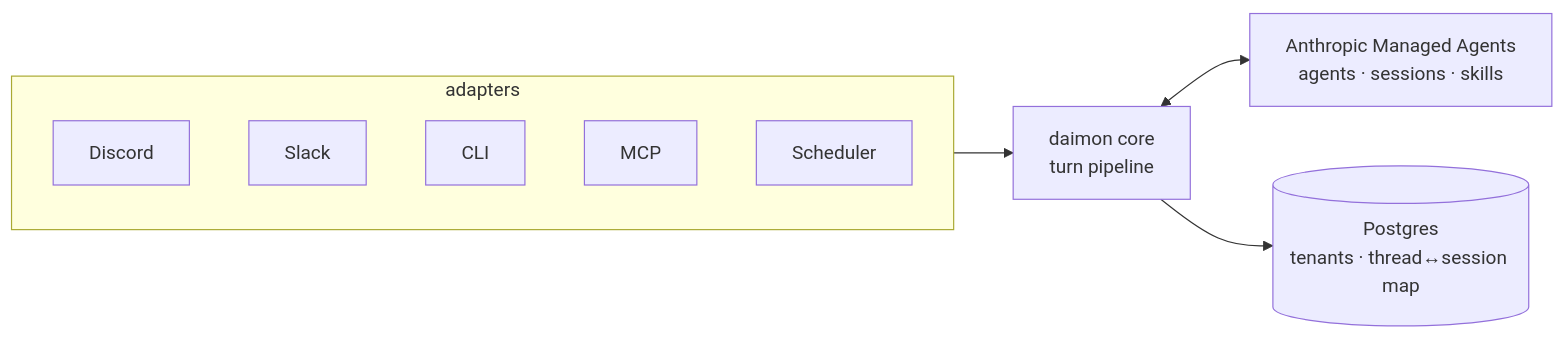
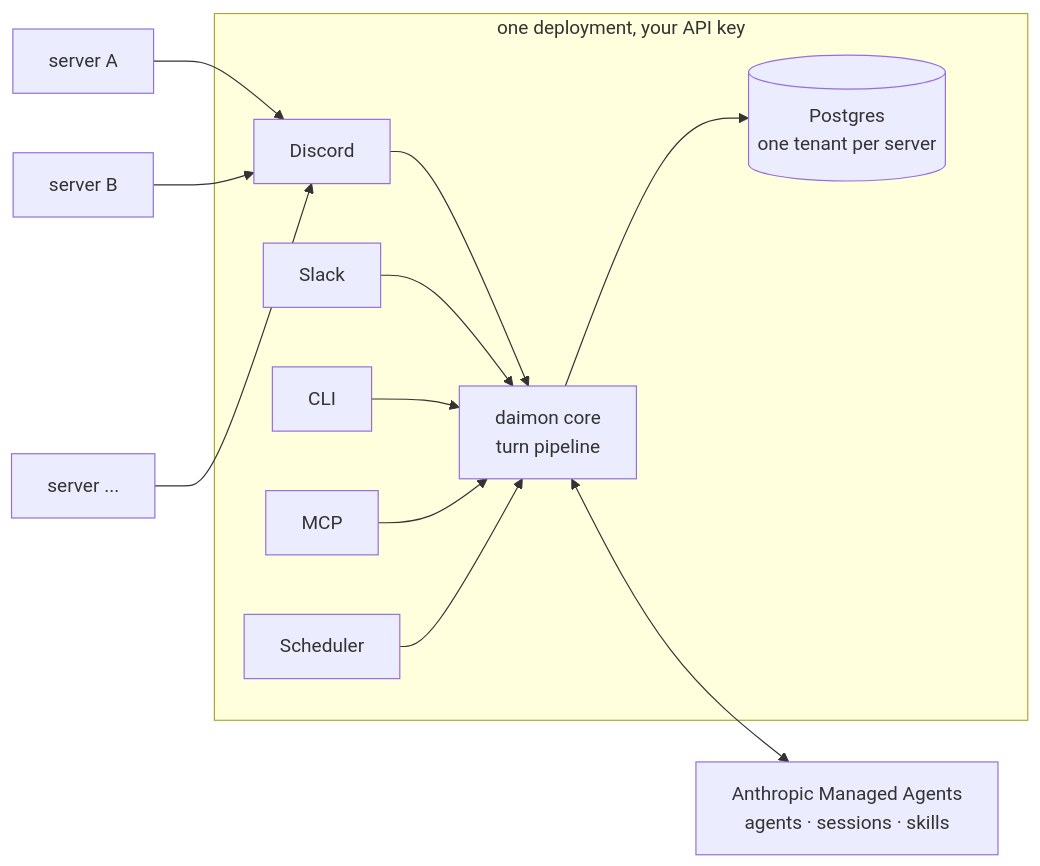
One commit to pymc-labs/daimon changed the diagram in README.md. Above: the diagram before and after it, drawn with Mermaid. The commit also changed 1 other file, not shown here.

Commit message:
docs: many-to-many architecture diagram; add social preview card
Diagram now shows multiple servers feeding one deployment (your API
key) with one tenant per server in Postgres, matching the intro's
many-to-many pitch. Social preview card (1280x640, mascot + tagline)
added to assets/ for upload in repo settings.

````diff
--- a/README.md
+++ b/README.md
@@ -49,14 +49,15 @@
 ```mermaid
 flowchart LR
-    subgraph adapters
-        direction TB
-        Discord
-        Slack
-        CLI
-        MCP
-        Scheduler
+    gA[server A] --> Discord
+    gB[server B] --> Discord
+    gN[server ...] --> Discord
+    subgraph deployment["one deployment, your API key"]
+        Discord --> core
+        Slack --> core
+        CLI --> core
+        MCP --> core
+        Scheduler --> core
+        core["daimon core<br>turn pipeline"] --> pg[("Postgres<br>one tenant per server")]
     end
-    adapters --> core["daimon core<br>turn pipeline"]
     core <--> ma["Anthropic Managed Agents<br>agents &middot; sessions &middot; skills"]
-    core --> pg[("Postgres<br>tenants &middot; thread&harr;session map")]
 ```
````
